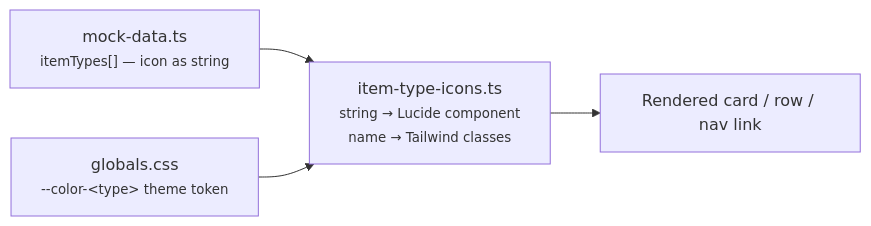
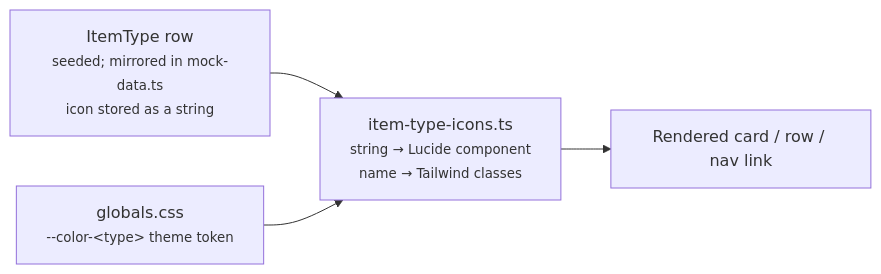
Before and after one commit to raki-rankawat/claude-devstash: the fifth of 9 diagrams in README.md, drawn with Mermaid. The commit also changed other lines of this file, not shown here.

````diff
--- a/README.md
+++ b/README.md
@@ -170,6 +188,6 @@
 ```mermaid
 flowchart LR
-    A["mock-data.ts<br/><small>itemTypes[] — icon as string</small>"] --> B["item-type-icons.ts<br/><small>string → Lucide component<br/>name → Tailwind classes</small>"]
+    A["ItemType row<br/><small>seeded; mirrored in mock-data.ts<br/>icon stored as a string</small>"] --> B["item-type-icons.ts<br/><small>string → Lucide component<br/>name → Tailwind classes</small>"]
     C["globals.css<br/><small>--color-&lt;type&gt; theme token</small>"] --> B
     B --> D["Rendered card / row / nav link"]
 ```
````
